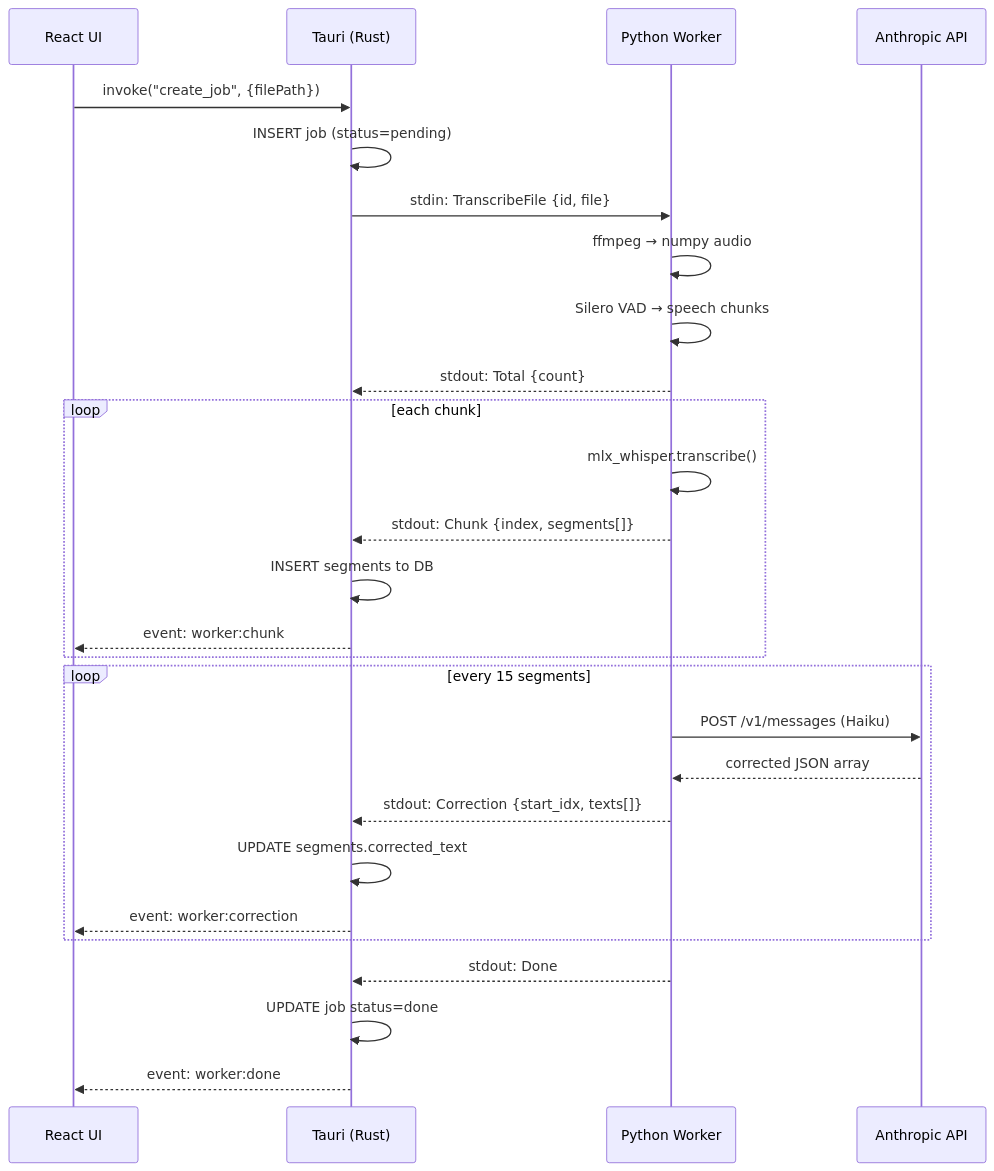
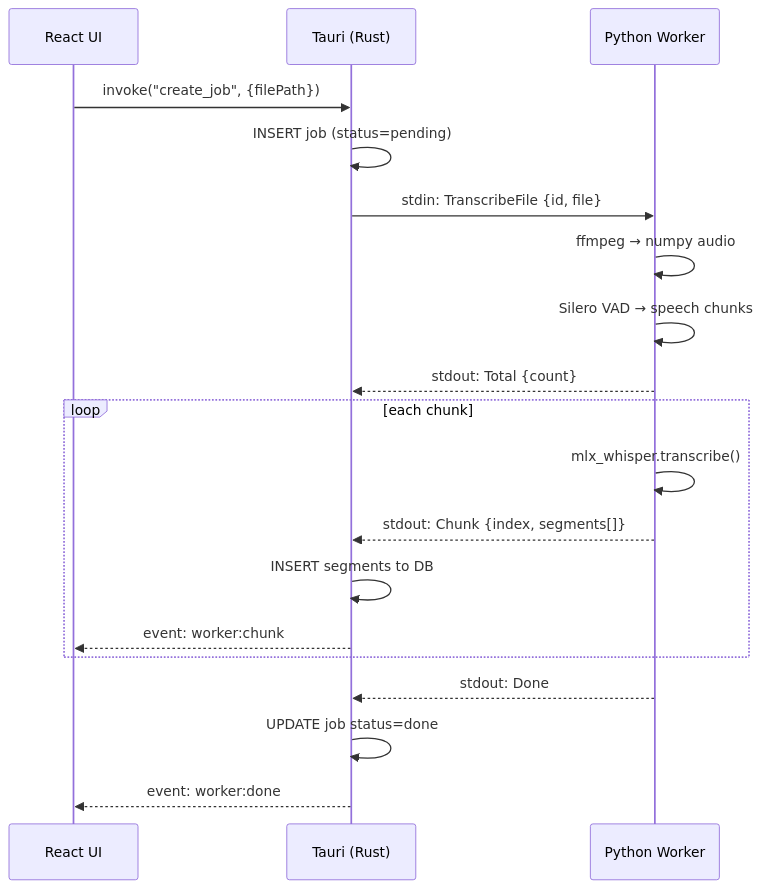
Before and after one commit to CHA-CHA-CHA-EP1/MTT: the second of 5 diagrams in README.md, drawn with Mermaid. The commit also changed other lines of this file and 4 other files, not shown here.

````diff
--- a/README.md
+++ b/README.md
@@ -121,34 +125,25 @@
 ```mermaid
 sequenceDiagram
     participant R as React UI
     participant T as Tauri (Rust)
     participant P as Python Worker
-    participant A as Anthropic API
 
     R->>T: invoke("create_job", {filePath})
     T->>T: INSERT job (status=pending)
     T->>P: stdin: TranscribeFile {id, file}
 
     P->>P: ffmpeg → numpy audio
     P->>P: Silero VAD → speech chunks
     P-->>T: stdout: Total {count}
 
     loop each chunk
         P->>P: mlx_whisper.transcribe()
         P-->>T: stdout: Chunk {index, segments[]}
         T->>T: INSERT segments to DB
         T-->>R: event: worker:chunk
     end
 
-    loop every 15 segments
-        P->>A: POST /v1/messages (Haiku)
-        A-->>P: corrected JSON array
-        P-->>T: stdout: Correction {start_idx, texts[]}
-        T->>T: UPDATE segments.corrected_text
-        T-->>R: event: worker:correction
-    end
-
     P-->>T: stdout: Done
     T->>T: UPDATE job status=done
     T-->>R: event: worker:done
 ```
````
